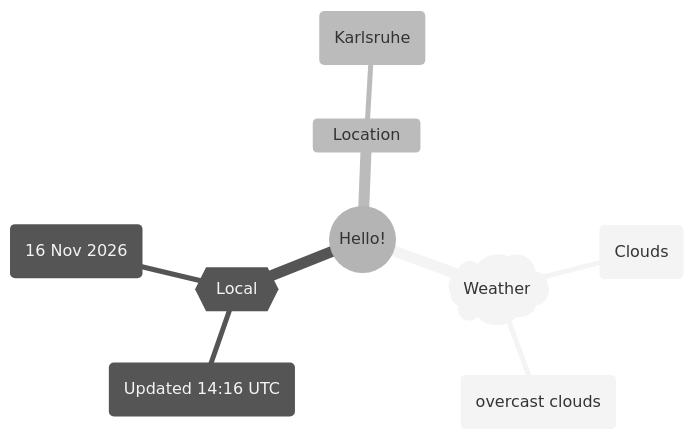
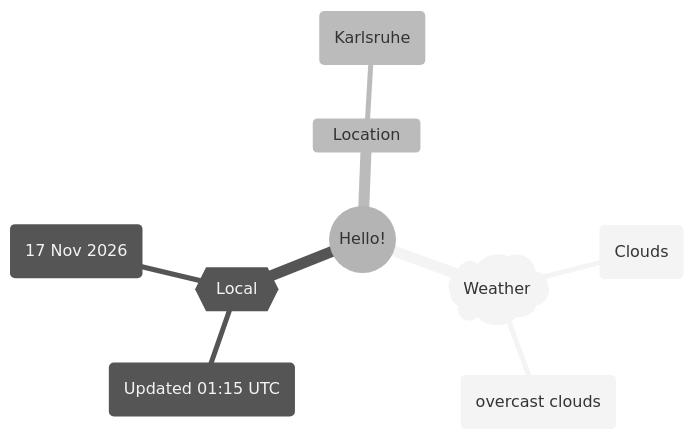
The first of 2 diagrams in README.md (Xosrov/Xosrov), drawn with Mermaid (neutral theme) before and after one commit.

Commit message:
[bot] updated images

````diff
--- a/README.md
+++ b/README.md
@@ -3,12 +3,12 @@
 ```mermaid
 mindmap
   root((Hello!))
     )Weather(
         (Clouds)
         (overcast clouds)
     {{Local}}
-        (Updated 14:16 UTC)
-        (16 Nov 2026)
+        (Updated 01:15 UTC)
+        (17 Nov 2026)
     Location
         (Karlsruhe)
 ```
````
